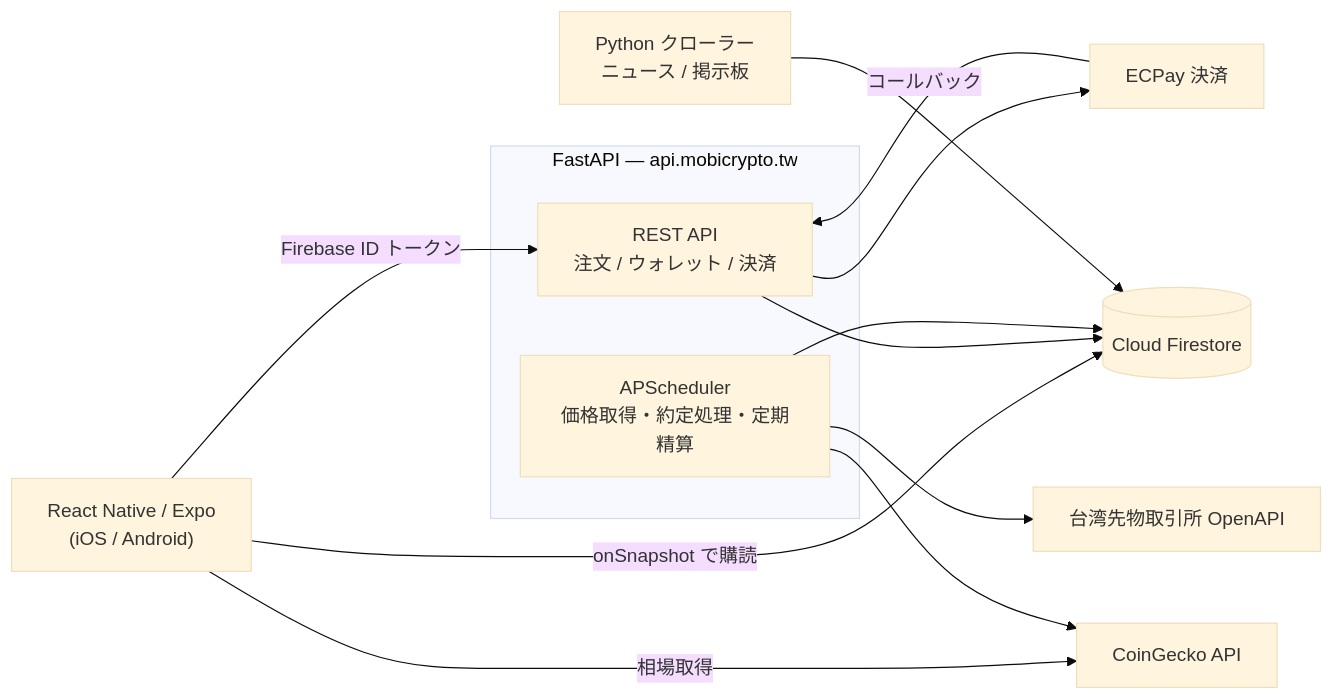
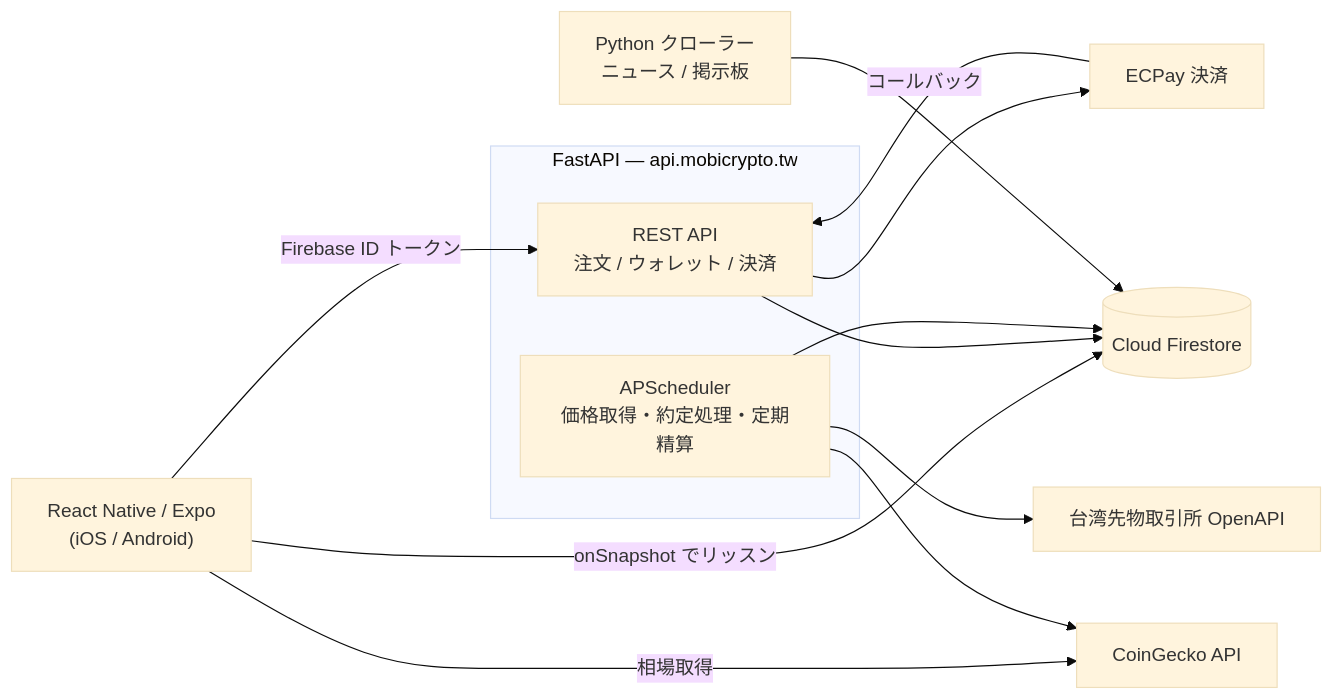
The diagram in README.md (ray23883588/mobi-crypto-simulator), drawn with Mermaid (base theme) before and after one commit. The commit also changed other lines of this file and 1 other file, not shown here.

````diff
--- a/README.md
+++ b/README.md
@@ -57,26 +57,26 @@
 ```mermaid
 flowchart LR
     RN["React Native / Expo<br/>(iOS / Android)"]
 
     subgraph Backend["FastAPI — api.mobicrypto.tw"]
         API["REST API<br/>注文 / ウォレット / 決済"]
         SCH["APScheduler<br/>価格取得・約定処理・定期精算"]
     end
 
     FS[("Cloud Firestore")]
     CR["Python クローラー<br/>ニュース / 掲示板"]
     CG["CoinGecko API"]
     TX["台湾先物取引所 OpenAPI"]
     EC["ECPay 決済"]
 
     RN -->|"Firebase ID トークン"| API
-    RN -->|"onSnapshot で購読"| FS
+    RN -->|"onSnapshot でリッスン"| FS
     RN -->|"相場取得"| CG
     API --> FS
     SCH --> FS
     SCH --> CG
     SCH --> TX
     API --> EC
     EC -->|"コールバック"| API
     CR --> FS
 ```
````
